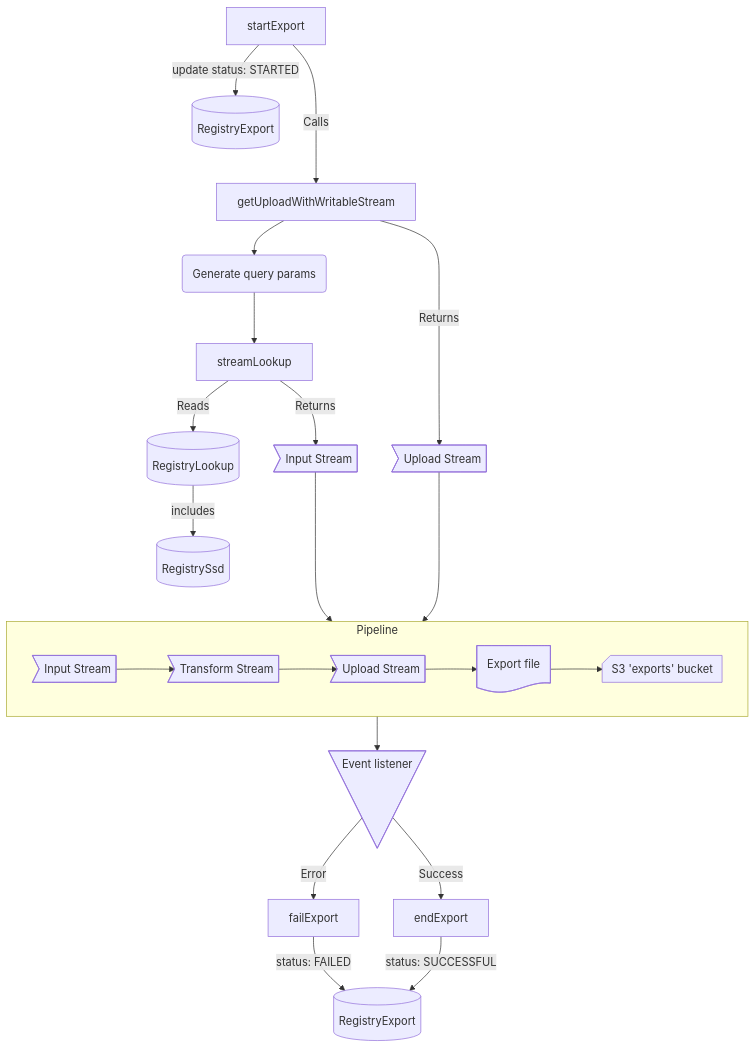
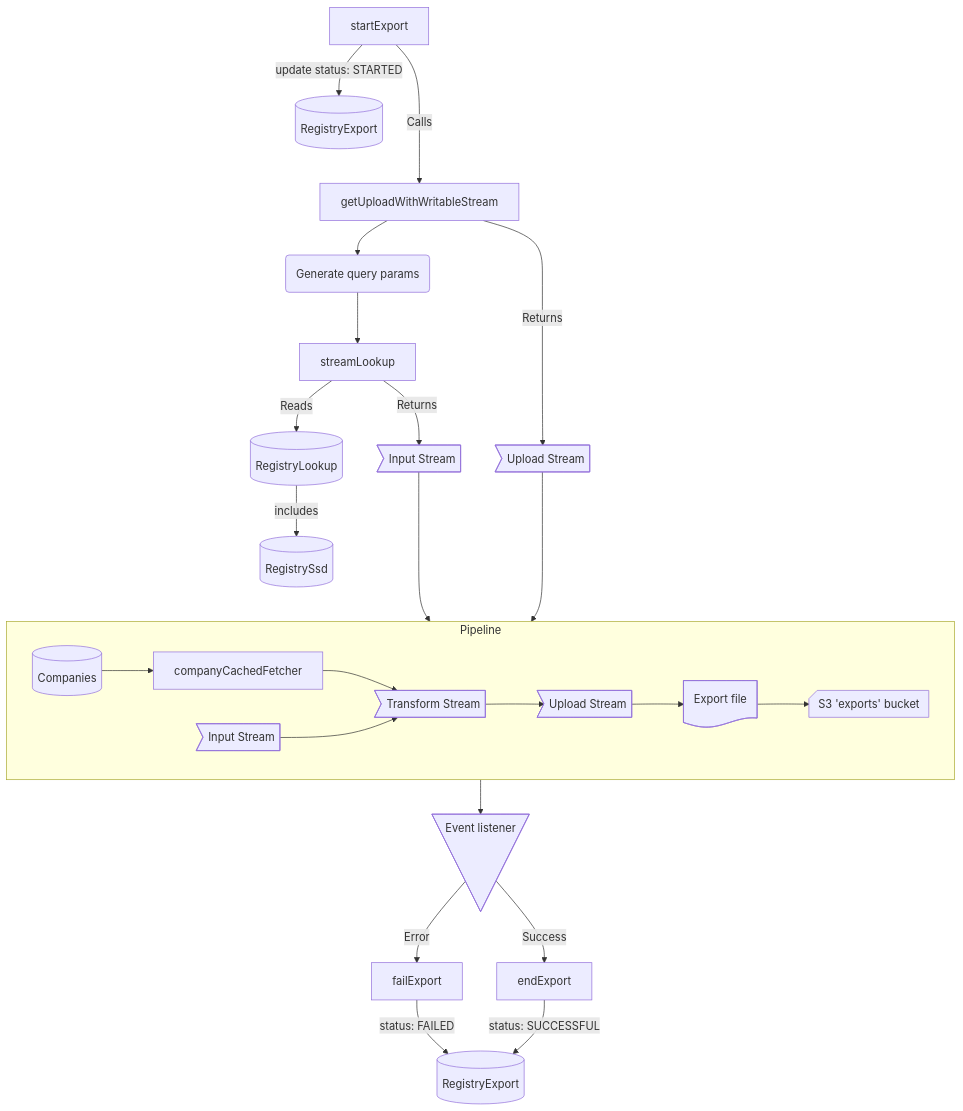
Before and after one commit to MTES-MCT/trackdechets: the fourth of 4 diagrams in docs/RegistryExportV2.md, drawn with Mermaid. The commit also changed 19 other files, not shown here.

Commit message:
feat(RegistryV2): change registry export so a company can choose to display DND BSDs, and add all the related UX in companies settings

````diff
--- a/docs/RegistryExportV2.md
+++ b/docs/RegistryExportV2.md
@@ -174,26 +174,28 @@
 ```mermaid
 flowchart TD
 startExport[startExport] --> |update status: STARTED|registryExport[(RegistryExport)]
 startExport --->|Calls| getUploadStream[getUploadWithWritableStream]
 getUploadStream --> |Returns|uploadStream>Upload Stream]
 getUploadStream --> genQuery(Generate query params)
 genQuery --> lookup[streamLookup]
 lookup --> |Reads|registryLookup[(RegistryLookup)]
 registryLookup --> |includes|registrySsd[(RegistrySsd)]
 lookup --> |Returns|inputStream>Input Stream]
 subgraph Pipeline
   direction LR
+  companies[(Companies)] --> companyCachedFetcher[companyCachedFetcher]
+companyCachedFetcher --> transformStream
     inputStream2>Input Stream] --> transformStream>Transform Stream]
     transformStream --> uploadStream2>Upload Stream]
     uploadStream2 --> file@{ shape: doc, label: "Export file" }
     file --> S3Exports@{ shape: notch-rect, label: "S3 'exports' bucket" }
   end
 inputStream ---> Pipeline
 uploadStream ---> Pipeline
 Pipeline --> listener@{ shape: manual-file, label: "Event listener"}
 listener --> |Error| failExport[failExport]
 listener --> |Success| endExport[endExport]
 failExport --> |status: FAILED|registryExport2[(RegistryExport)]
 endExport --> |status: SUCCESSFUL|registryExport2[(RegistryExport)]
 
 ```
````
